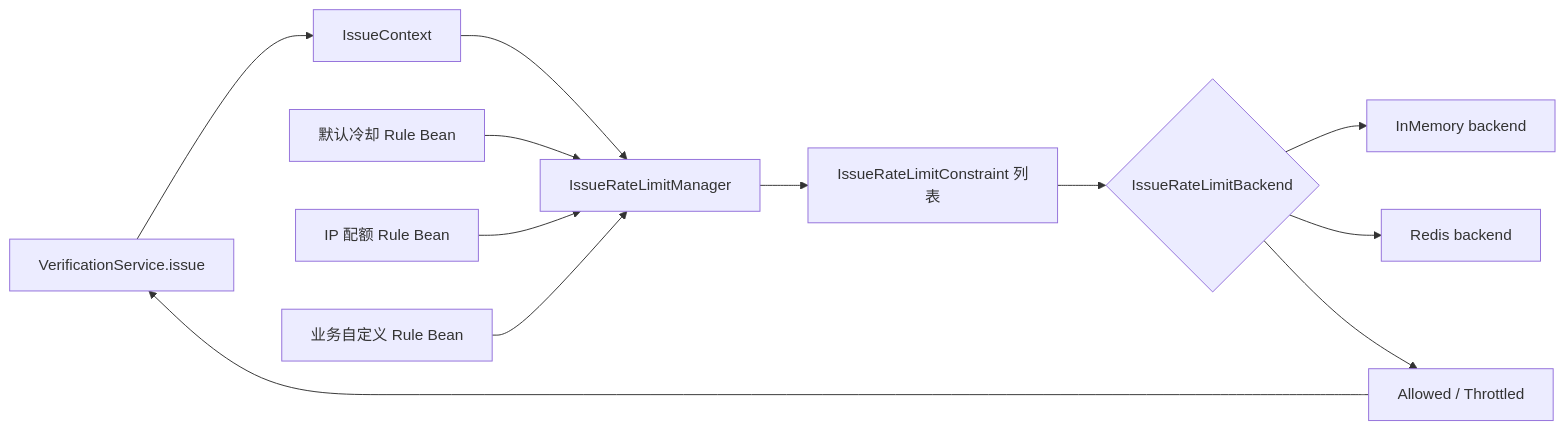
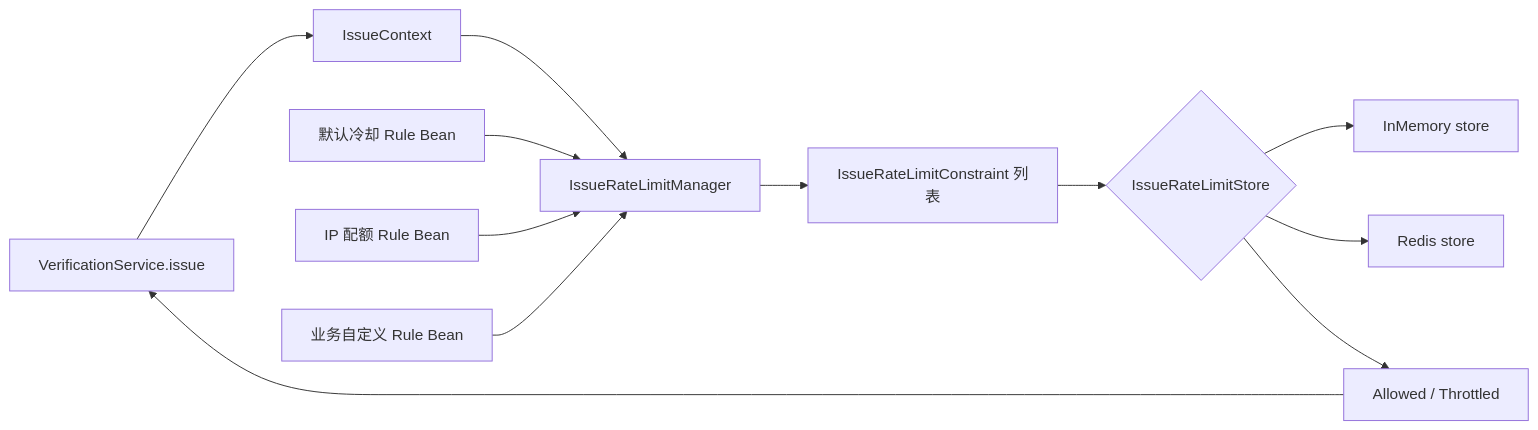
One commit to RingoTangs/ringo-boot changed the first of 2 diagrams in ringo-boot-core/src/main/java/io/github/ringotangs/ringoboot/verification/limit/README.md. Above: the diagram before and after it, drawn with Mermaid. The commit also changed other lines of this file and 17 other files, not shown here.

First line of the commit message:
Refactor rate limiting infrastructure: Rename backend to store and implement InMemoryIssueRateLimitStore

````diff
--- a/ringo-boot-core/src/main/java/io/github/ringotangs/ringoboot/verification/limit/README.md
+++ b/ringo-boot-core/src/main/java/io/github/ringotangs/ringoboot/verification/limit/README.md
@@ -10,14 +10,14 @@
 ```mermaid
 flowchart LR
     A[VerificationService.issue] --> B[IssueContext]
     B --> C[IssueRateLimitManager]
     R1[默认冷却 Rule Bean] --> C
     R2[IP 配额 Rule Bean] --> C
     R3[业务自定义 Rule Bean] --> C
     C --> D[IssueRateLimitConstraint 列表]
-    D --> E{IssueRateLimitBackend}
-    E --> F[InMemory backend]
-    E --> G[Redis backend]
+    D --> E{IssueRateLimitStore}
+    E --> F[InMemory store]
+    E --> G[Redis store]
     E --> H[Allowed / Throttled]
     H --> A
 ```
````
